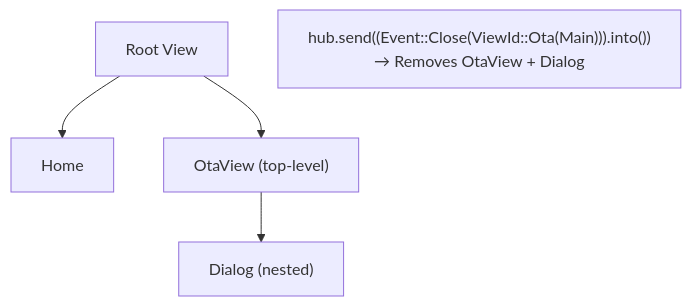
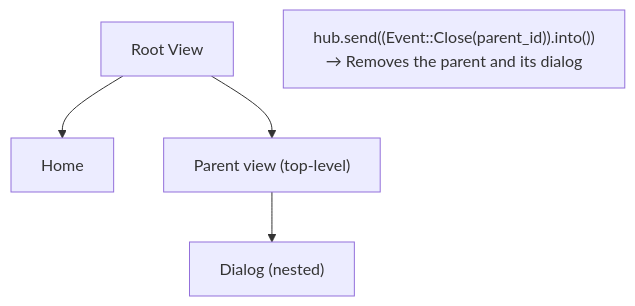
One commit to OGKevin/cadmus changed the sixth of 7 diagrams in docs/src/contributing/event-system.md. Above: the diagram before and after it, drawn with Mermaid. The commit also changed 32 other files, not shown here.

````diff
--- a/docs/src/contributing/event-system.md
+++ b/docs/src/contributing/event-system.md
@@ -289,13 +289,13 @@
 ```mermaid
 flowchart TD
     Root["Root View"]
     Home["Home"]
-    OtaView["OtaView (top-level)"]
+    Parent["Parent view (top-level)"]
     Dialog["Dialog (nested)"]
 
     Root --> Home
-    Root --> OtaView
-    OtaView --> Dialog
+    Root --> Parent
+    Parent --> Dialog
 
-    Note["hub.send((Event::Close(ViewId::Ota(Main))).into())<br/>→ Removes OtaView + Dialog"]
+    Note["hub.send((Event::Close(parent_id)).into())<br/>→ Removes the parent and its dialog"]
 ```
````
